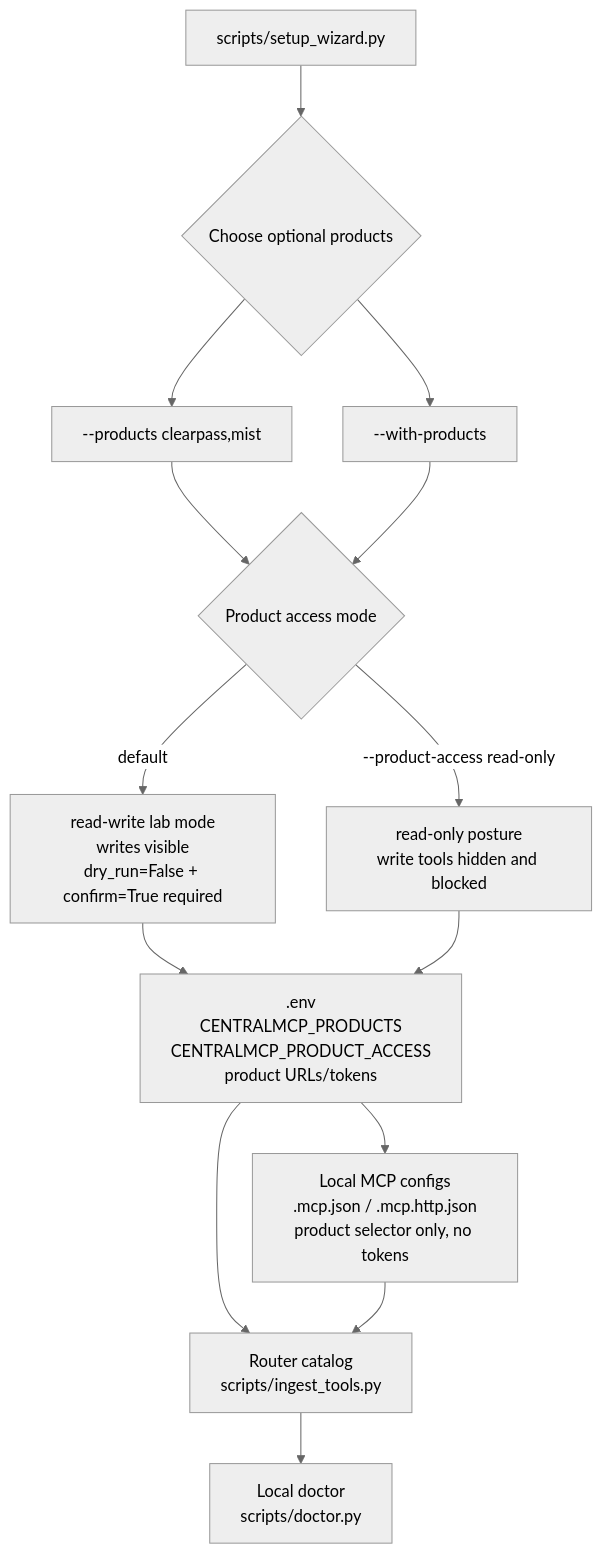
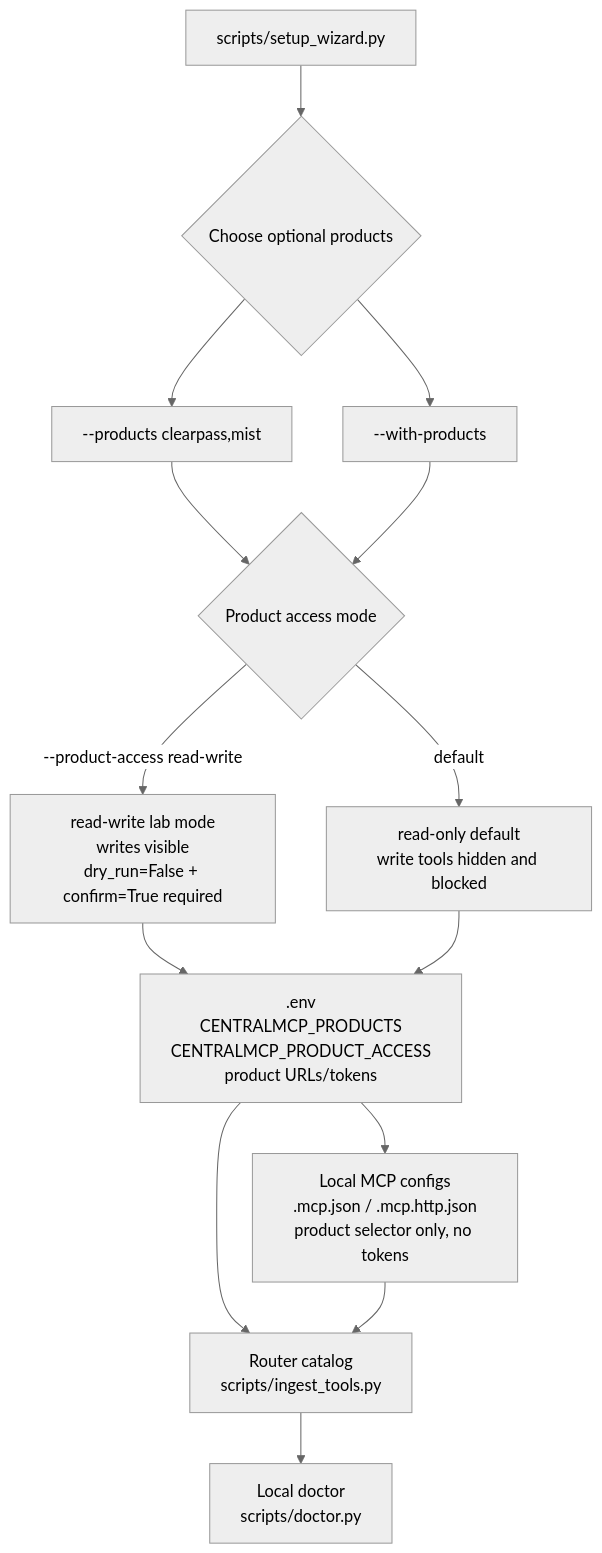
One commit to secure-ssid/centralmcp changed the diagram in docs/optional-products.md. Above: the diagram before and after it, drawn with Mermaid (neutral theme). The commit also changed other lines of this file and 21 other files, not shown here.

Commit message:
Harden optional product and GLP read safety

````diff
--- a/docs/optional-products.md
+++ b/docs/optional-products.md
@@ -52,28 +54,28 @@
 ```mermaid
 flowchart TD
     start["scripts/setup_wizard.py"]
     choose{"Choose optional products"}
     subset["--products clearpass,mist"]
     all["--with-products"]
     access{"Product access mode"}
+    ro["read-only default<br/>write tools hidden and blocked"]
     rw["read-write lab mode<br/>writes visible<br/>dry_run=False + confirm=True required"]
-    ro["read-only posture<br/>write tools hidden and blocked"]
     env[".env<br/>CENTRALMCP_PRODUCTS<br/>CENTRALMCP_PRODUCT_ACCESS<br/>product URLs/tokens"]
     config["Local MCP configs<br/>.mcp.json / .mcp.http.json<br/>product selector only, no tokens"]
     catalog["Router catalog<br/>scripts/ingest_tools.py"]
     doctor["Local doctor<br/>scripts/doctor.py"]
 
     start --> choose
     choose --> subset
     choose --> all
     subset --> access
     all --> access
-    access -->|"default"| rw
-    access -->|"--product-access read-only"| ro
+    access -->|"default"| ro
+    access -->|"--product-access read-write"| rw
     rw --> env
     ro --> env
     env --> config
     env --> catalog
     config --> catalog
     catalog --> doctor
 ```
````
